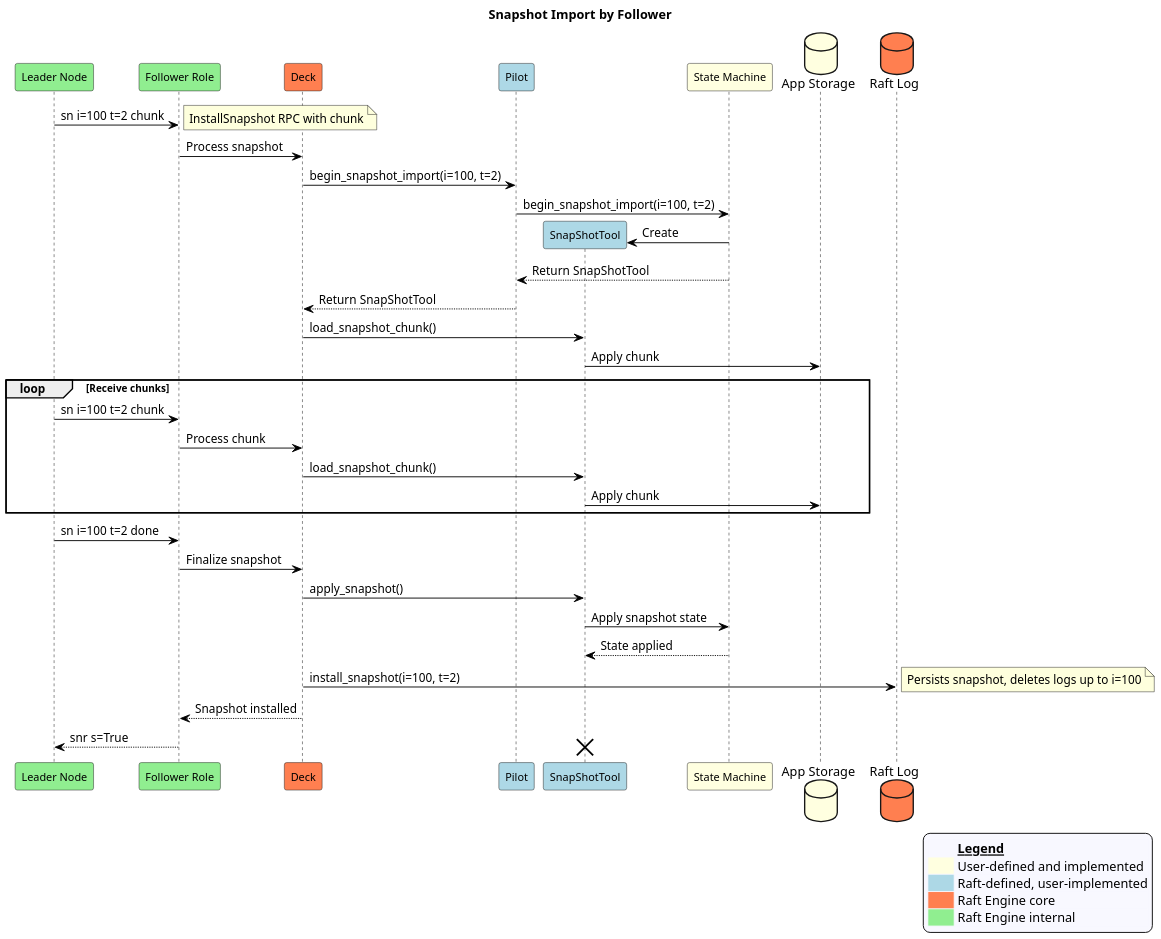
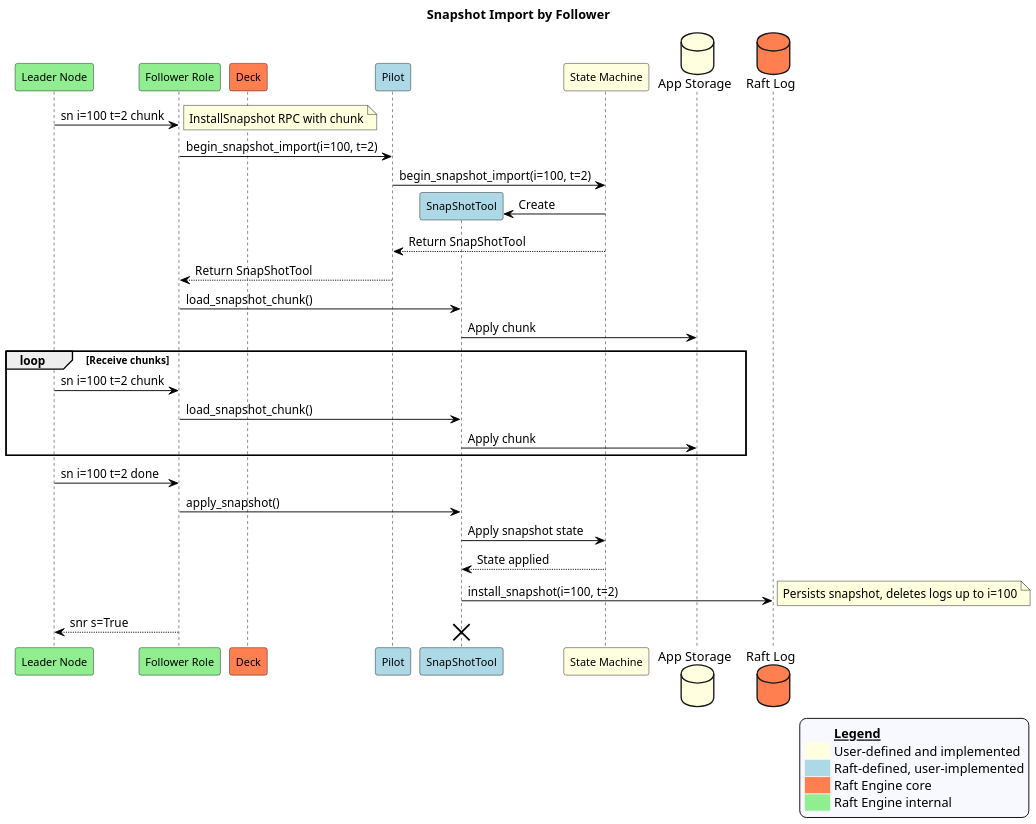
The diagram in docs/source/_static/diagrams/snapshot_import.puml (dlparker/raftengine), drawn with PlantUML before and after one commit. The commit also changed 4 other files, not shown here.

```diff
--- a/docs/source/_static/diagrams/snapshot_import.puml
+++ b/docs/source/_static/diagrams/snapshot_import.puml
@@ -1,61 +1,57 @@
 @startuml
 !pragma ratio 0.7
 skinparam dpi 150
 skinparam monochrome false
 skinparam sequence {
   ArrowColor Black
   ActorBorderColor Black
   LifeLineBorderColor Black
   ParticipantFontSize 12
   Padding 10
 }
 skinparam legend {
   backgroundColor #GhostWhite
   entrySeparator #GhostWhite
 }
 title Snapshot Import by Follower
 
 participant "Leader Node" as leader order 10 #Lightgreen
 participant "Follower Role" as follower order 20 #Lightgreen
 participant Deck as deck order 30 #Coral
 participant Pilot as pilot order 40 #Lightblue
 participant "State Machine" as app_state order 50 #Lightyellow
 database "App Storage" as app_db order 60 #Lightyellow
 database "Raft Log" as raft_log order 70 #Coral
 
 leader -> follower: sn i=100 t=2 chunk
 note right: InstallSnapshot RPC with chunk
-follower -> deck: Process snapshot
-deck -> pilot: begin_snapshot_import(i=100, t=2)
+follower -> pilot: begin_snapshot_import(i=100, t=2)
 pilot -> app_state: begin_snapshot_import(i=100, t=2)
 create participant "SnapShotTool" as tool order 45 #Lightblue
 app_state->tool: Create
 app_state --> pilot: Return SnapShotTool
-pilot --> deck: Return SnapShotTool
-deck -> tool: load_snapshot_chunk()
+pilot --> follower: Return SnapShotTool
+follower -> tool: load_snapshot_chunk()
 tool -> app_db: Apply chunk
 loop Receive chunks
   leader -> follower: sn i=100 t=2 chunk
-  follower -> deck: Process chunk
-  deck -> tool: load_snapshot_chunk()
+  follower -> tool: load_snapshot_chunk()
   tool -> app_db: Apply chunk
 end
 leader -> follower: sn i=100 t=2 done
-follower -> deck: Finalize snapshot
-deck -> tool: apply_snapshot()
+follower -> tool: apply_snapshot()
 tool -> app_state: Apply snapshot state
 app_state --> tool: State applied
-deck -> raft_log: install_snapshot(i=100, t=2)
+tool -> raft_log: install_snapshot(i=100, t=2)
 note right: Persists snapshot, deletes logs up to i=100
-deck --> follower: Snapshot installed
 follower --> leader: snr s=True
 destroy tool
 
 legend right
   <#GhostWhite,#GhostWhite>|        |= __Legend__ |
   |<#Lightyellow>| User-defined and implemented|
   |<#Lightblue>| Raft-defined, user-implemented|
   |<#Coral>| Raft Engine core|
   |<#Lightgreen>| Raft Engine internal|
 endlegend
 @enduml
```
